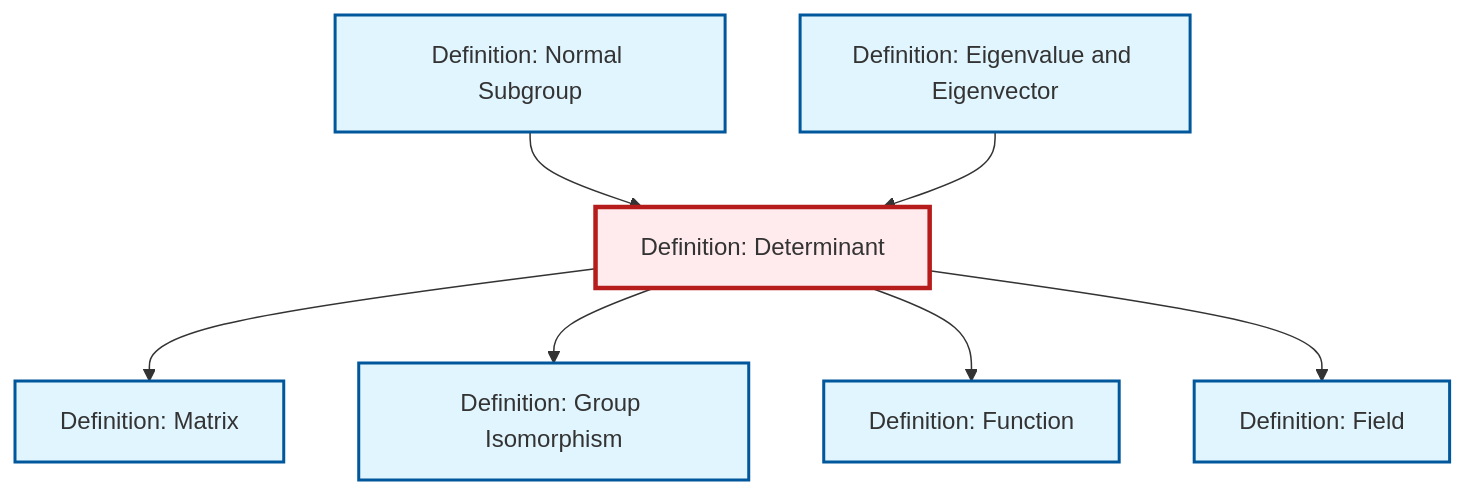
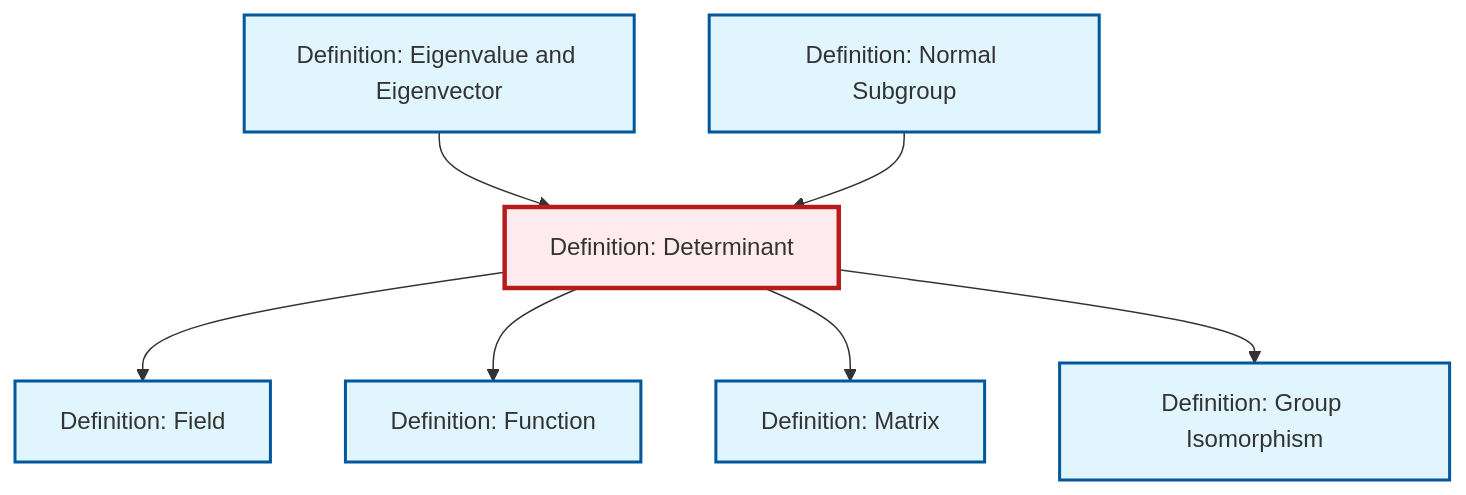
Before and after one commit to RK0429/ModernMath: the diagram in content/en/algebra/def-determinant.qmd, drawn with Mermaid. The commit also changed other lines of this file and 634 other files, not shown here.

````diff
--- a/content/en/algebra/def-determinant.qmd
+++ b/content/en/algebra/def-determinant.qmd
@@ -81,29 +81,29 @@
 ```{mermaid}
 %%| fig-cap: "Local dependency graph"
 graph TD
     classDef definition fill:#e1f5fe,stroke:#01579b,stroke-width:2px
     classDef theorem fill:#f3e5f5,stroke:#4a148c,stroke-width:2px
     classDef axiom fill:#fff3e0,stroke:#e65100,stroke-width:2px
     classDef example fill:#e8f5e9,stroke:#1b5e20,stroke-width:2px
     classDef current fill:#ffebee,stroke:#b71c1c,stroke-width:3px
-    def-normal-subgroup["Definition: Normal Subgroup"]:::definition
-    def-determinant["Definition: Determinant"]:::definition
     def-eigenvalue-eigenvector["Definition: Eigenvalue and Eigenvector"]:::definition
     def-isomorphism["Definition: Group Isomorphism"]:::definition
+    def-normal-subgroup["Definition: Normal Subgroup"]:::definition
+    def-function["Definition: Function"]:::definition
     def-field["Definition: Field"]:::definition
+    def-determinant["Definition: Determinant"]:::definition
     def-matrix["Definition: Matrix"]:::definition
-    def-function["Definition: Function"]:::definition
-    def-determinant --> def-matrix
-    def-normal-subgroup --> def-determinant
-    def-determinant --> def-isomorphism
-    def-determinant --> def-function
     def-determinant --> def-field
     def-eigenvalue-eigenvector --> def-determinant
+    def-normal-subgroup --> def-determinant
+    def-determinant --> def-function
+    def-determinant --> def-matrix
+    def-determinant --> def-isomorphism
     class def-determinant current
-    click def-normal-subgroup "def-normal-subgroup.html" "Go to Normal Subgroup definition"
     click def-eigenvalue-eigenvector "def-eigenvalue-eigenvector.html" "Go to Eigenvalue and Eigenvector definition"
     click def-isomorphism "def-isomorphism.html" "Go to Group Isomorphism definition"
+    click def-normal-subgroup "def-normal-subgroup.html" "Go to Normal Subgroup definition"
+    click def-function "def-function.html" "Go to Function definition"
     click def-field "def-field.html" "Go to Field definition"
     click def-matrix "def-matrix.html" "Go to Matrix definition"
-    click def-function "def-function.html" "Go to Function definition"
 ```
````
